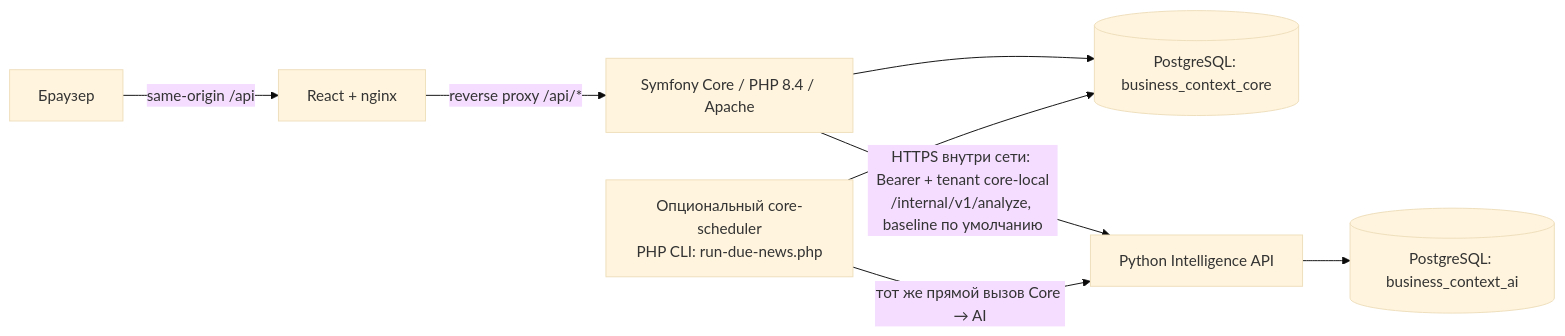
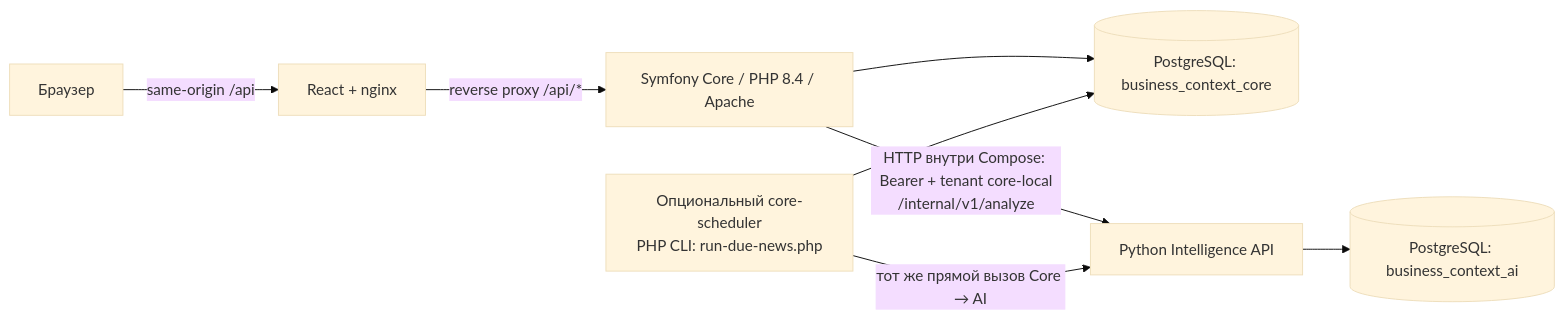
One commit to MrHolly0/alfa-business-context changed the diagram in docs/architecture.md. Above: the diagram before and after it, drawn with Mermaid (base theme). The commit also changed other lines of this file and 46 other files, not shown here.

````diff
--- a/docs/architecture.md
+++ b/docs/architecture.md
@@ -7,10 +7,10 @@
 ```mermaid
 flowchart LR
   Browser[Браузер] -->|same-origin /api| Web[React + nginx]
   Web -->|reverse proxy /api/*| Core[Symfony Core / PHP 8.4 / Apache]
   Core --> CoreDB[(PostgreSQL: business_context_core)]
   AI[Python Intelligence API] --> AIDB[(PostgreSQL: business_context_ai)]
-  Core -->|HTTPS внутри сети: Bearer + tenant core-local\n/internal/v1/analyze, baseline по умолчанию| AI
+  Core -->|HTTP внутри Compose: Bearer + tenant core-local\n/internal/v1/analyze| AI
   Scheduler[Опциональный core-scheduler\nPHP CLI: run-due-news.php] --> CoreDB
   Scheduler -->|тот же прямой вызов Core → AI| AI
 ```
````
